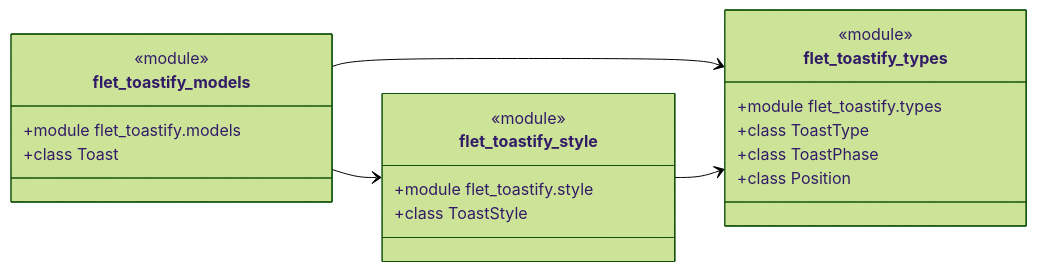
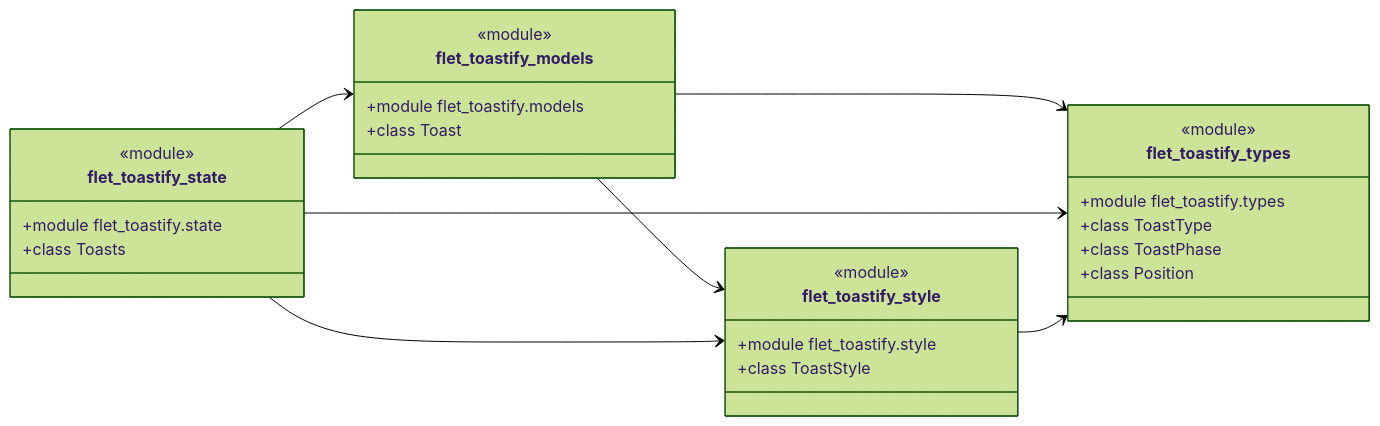
Before and after one commit to brunobrown/flet-toastify: the diagram in docs/assets/diagrams/generated/modules.mmd, drawn with Mermaid (forest theme). The commit also changed 15 other files, not shown here.

```diff
--- a/docs/assets/diagrams/generated/modules.mmd
+++ b/docs/assets/diagrams/generated/modules.mmd
@@ -1,27 +1,36 @@
 classDiagram
   direction LR
   %% flet-toastify generated architecture diagrams: module dependencies
 
   class flet_toastify_models {
     <<module>>
     +module flet_toastify.models
     +class Toast
+  }
+
+  class flet_toastify_state {
+    <<module>>
+    +module flet_toastify.state
+    +class Toasts
   }
 
   class flet_toastify_style {
     <<module>>
     +module flet_toastify.style
     +class ToastStyle
   }
 
   class flet_toastify_types {
     <<module>>
     +module flet_toastify.types
     +class ToastType
     +class ToastPhase
     +class Position
   }
 
   flet_toastify_models --> flet_toastify_style
   flet_toastify_models --> flet_toastify_types
+  flet_toastify_state --> flet_toastify_models
+  flet_toastify_state --> flet_toastify_style
+  flet_toastify_state --> flet_toastify_types
   flet_toastify_style --> flet_toastify_types
```
